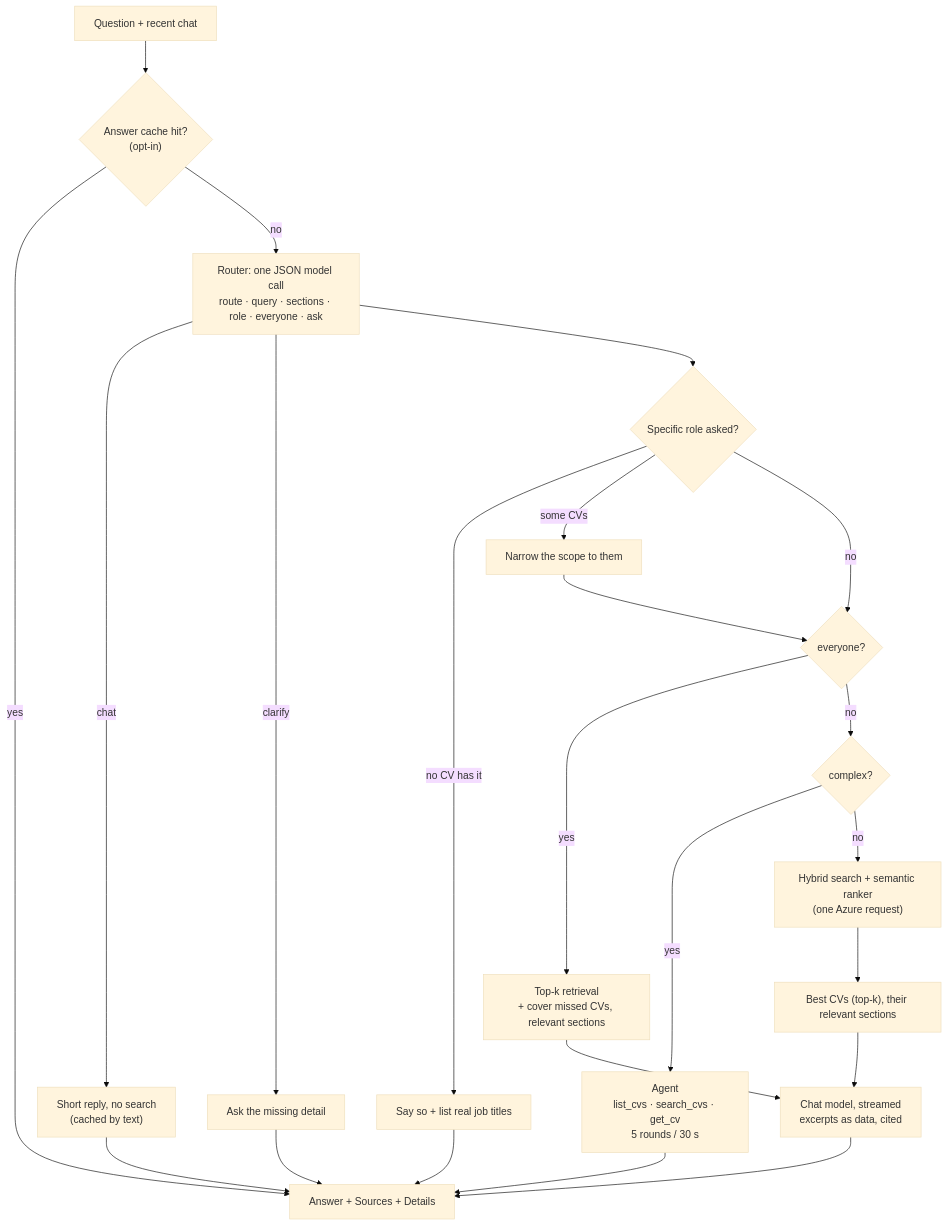
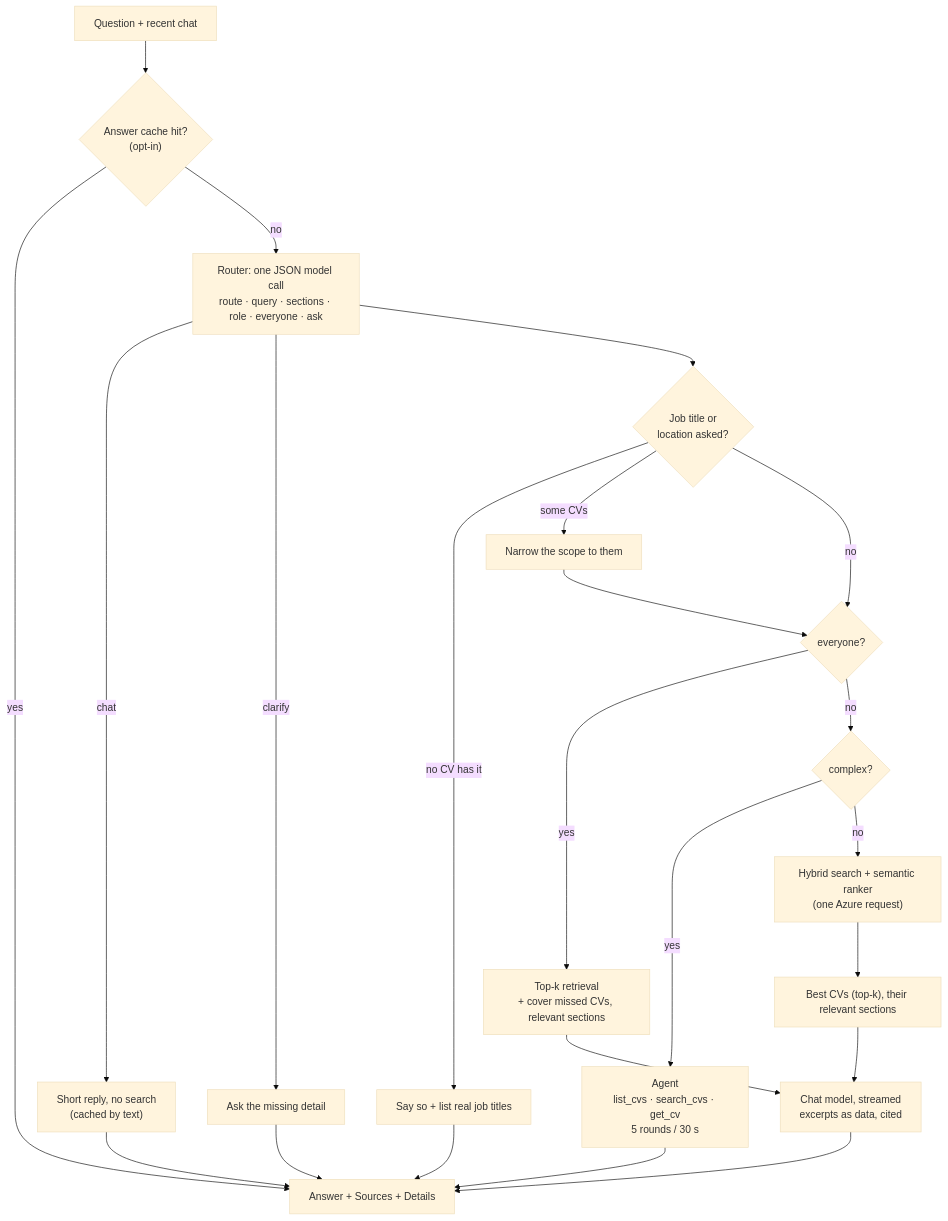
One commit to sherif2004/chat-with-cv changed the third of 3 diagrams in README.md. Above: the diagram before and after it, drawn with Mermaid (base theme). The commit also changed other lines of this file and 12 other files, not shown here.

First line of the commit message:
Filter by job title, location and section the same way in the answer flow and in the agent

````diff
--- a/README.md
+++ b/README.md
@@ -165,28 +165,28 @@
 ```mermaid
 flowchart TD
     Q["Question + recent chat"] --> AC{"Answer cache hit?<br/>(opt-in)"}
     AC -- yes --> OUT
     AC -- no --> R["Router: one JSON model call<br/>route · query · sections · role · everyone · ask"]
 
     R -- chat --> CH["Short reply, no search<br/>(cached by text)"]
     R -- clarify --> CL["Ask the missing detail"]
-    R --> RO{"Specific role asked?"}
+    R --> RO{"Job title or<br/>location asked?"}
     RO -- "no CV has it" --> RM["Say so + list real job titles"]
     RO -- "some CVs" --> SC["Narrow the scope to them"]
     RO -- no --> EV
     SC --> EV{"everyone?"}
 
     EV -- yes --> TK["Top-k retrieval<br/>+ cover missed CVs, relevant sections"]
     EV -- no --> CX{"complex?"}
     CX -- yes --> AG["Agent<br/>list_cvs · search_cvs · get_cv<br/>5 rounds / 30 s"]
     CX -- no --> HS["Hybrid search + semantic ranker<br/>(one Azure request)"]
     HS --> TP["Best CVs (top-k), their relevant sections"]
 
     TK --> GEN
     TP --> GEN["Chat model, streamed<br/>excerpts as data, cited"]
     AG --> OUT
     GEN --> OUT["Answer + Sources + Details"]
     CH --> OUT
     CL --> OUT
     RM --> OUT
 ```
````
